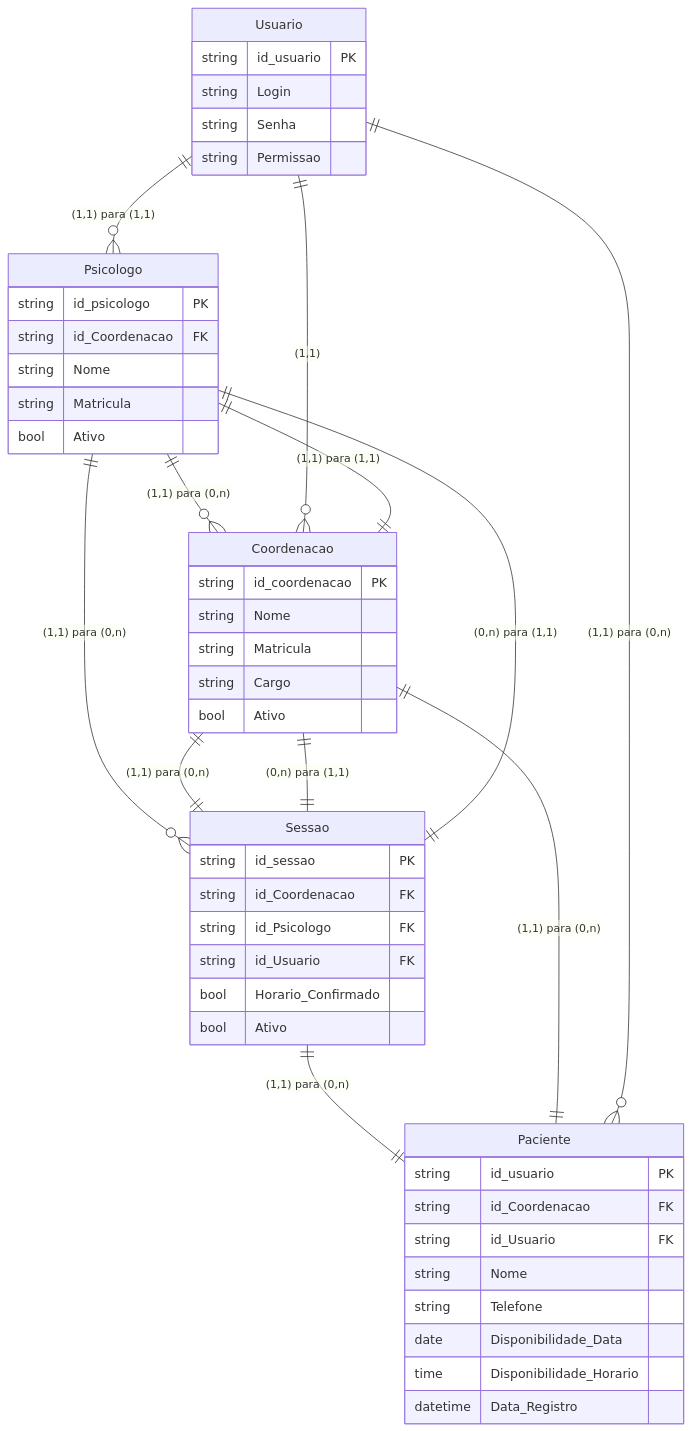
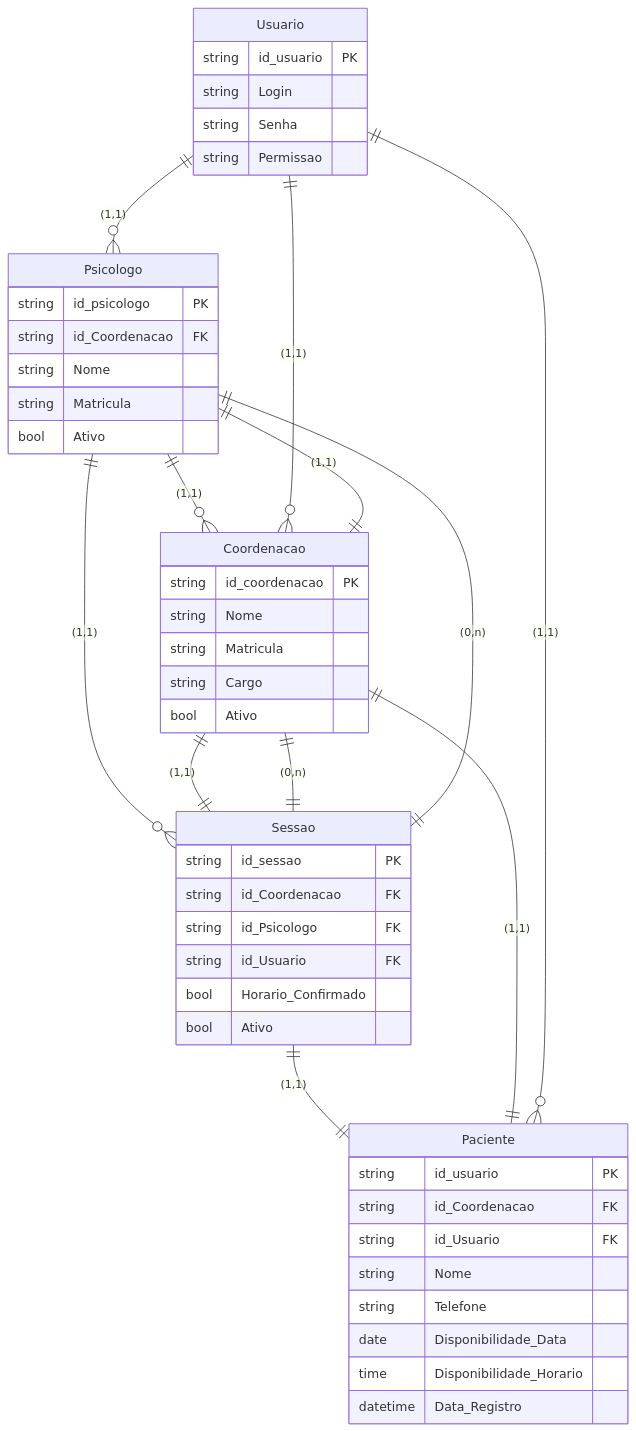
One commit to Nicksemery/Projeto_CIS_Rascunhos changed the diagram in README.md. Above: the diagram before and after it, drawn with Mermaid.

Commit message:
Simplify ER diagram relationships in README

````diff
--- a/README.md
+++ b/README.md
@@ -3,62 +3,62 @@
 ```mermaid
 erDiagram
-    Psicologo ||--o{ Coordenacao : "(1,1) para (0,n)"
-    Coordenacao ||--|| Psicologo : "(1,1) para (1,1)"
+    Psicologo ||--o{ Coordenacao : "(1,1)"
+    Coordenacao ||--|| Psicologo : "(1,1)"
 
-    Psicologo ||--o{ Sessao : "(1,1) para (0,n)"
-    Coordenacao ||--|| Sessao : "(1,1) para (0,n)"
+    Psicologo ||--o{ Sessao : "(1,1)"
+    Coordenacao ||--|| Sessao : "(1,1)"
 
-    Sessao ||--|| Coordenacao : "(0,n) para (1,1)"
-    Sessao ||--|| Psicologo : "(0,n) para (1,1)"
-    Sessao ||--|| Paciente : "(1,1) para (0,n)"
+    Sessao ||--|| Coordenacao : "(0,n)"
+    Sessao ||--|| Psicologo : "(0,n)"
+    Sessao ||--|| Paciente : "(1,1)"
     
-    Coordenacao ||--|| Paciente : "(1,1) para (0,n)"
+    Coordenacao ||--|| Paciente : "(1,1)"
     
-    Usuario ||--o{ Paciente : "(1,1) para (0,n)"
-    Usuario ||--o{ Psicologo : "(1,1) para (1,1)"
+    Usuario ||--o{ Paciente : "(1,1)"
+    Usuario ||--o{ Psicologo : "(1,1)"
     Usuario ||--o{ Coordenacao : "(1,1)"
     
     
     Psicologo {
         string id_psicologo PK
         string id_Coordenacao FK
         string Nome 
         string Matricula
         bool Ativo
     }
 
     Coordenacao {
         string id_coordenacao PK
         string Nome
         string Matricula
         string Cargo
         bool Ativo
     }
 
     Sessao {
         string id_sessao PK
         string id_Coordenacao FK
         string id_Psicologo FK
         string id_Usuario FK
         bool Horario_Confirmado
         bool Ativo
     }
 
     Paciente {
         string id_usuario PK
         string id_Coordenacao FK
         string id_Usuario FK
         string Nome
         string Telefone
         date Disponibilidade_Data
         time Disponibilidade_Horario
         datetime Data_Registro
     }
 
     Usuario {
         string id_usuario PK
         string Login
         string Senha
         string Permissao
     }
 ```
````
